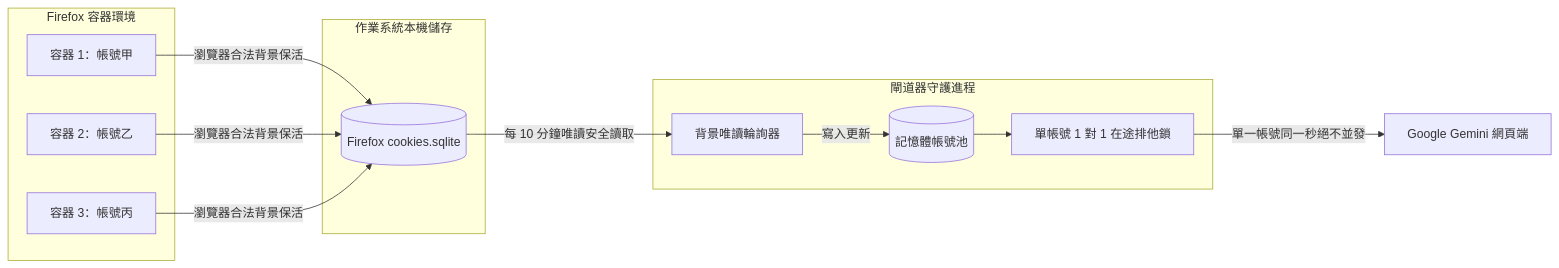
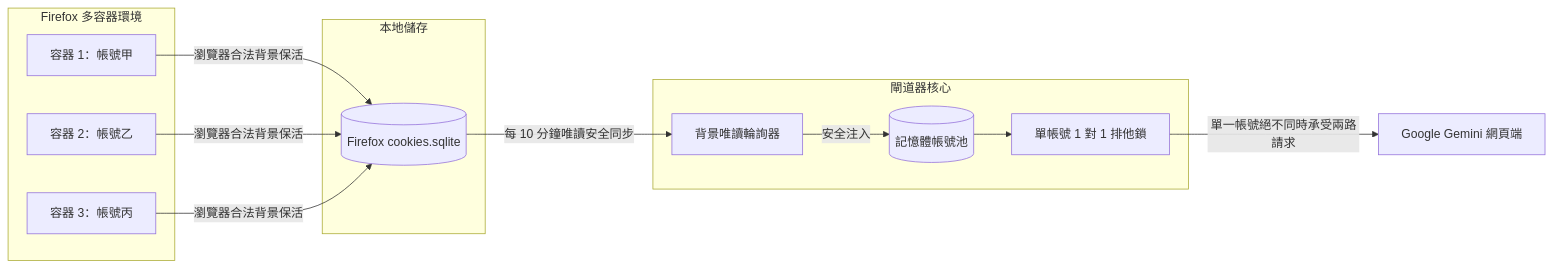
One commit to ab410010066-byte/gemini-free-api changed the second of 2 diagrams in README_ZH-TW.md. Above: the diagram before and after it, drawn with Mermaid. The commit also changed other lines of this file and 3 other files, not shown here.

````diff
--- a/README_ZH-TW.md
+++ b/README_ZH-TW.md
@@ -79,27 +101,27 @@
 ```mermaid
 flowchart LR
-    subgraph Firefox 容器環境
+    subgraph Firefox 多容器環境
         C1[容器 1：帳號甲]
         C2[容器 2：帳號乙]
         C3[容器 3：帳號丙]
     end
 
-    subgraph 作業系統本機儲存
+    subgraph 本地儲存
         SQLite[(Firefox cookies.sqlite)]
     end
 
-    subgraph 閘道器守護進程
+    subgraph 閘道器核心
         Poller[背景唯讀輪詢器]
         Pool[(記憶體帳號池)]
-        InflightLock[單帳號 1 對 1 在途排他鎖]
+        InflightLock[單帳號 1 對 1 排他鎖]
     end
 
     C1 -->|瀏覽器合法背景保活| SQLite
     C2 -->|瀏覽器合法背景保活| SQLite
     C3 -->|瀏覽器合法背景保活| SQLite
 
-    SQLite -->|每 10 分鐘唯讀安全讀取| Poller
-    Poller -->|寫入更新| Pool
+    SQLite -->|每 10 分鐘唯讀安全同步| Poller
+    Poller -->|安全注入| Pool
     Pool --> InflightLock
-    InflightLock -->|單一帳號同一秒絕不並發| Upstream[Google Gemini 網頁端]
+    InflightLock -->|單一帳號絕不同時承受兩路請求| Upstream[Google Gemini 網頁端]
 ```
````
